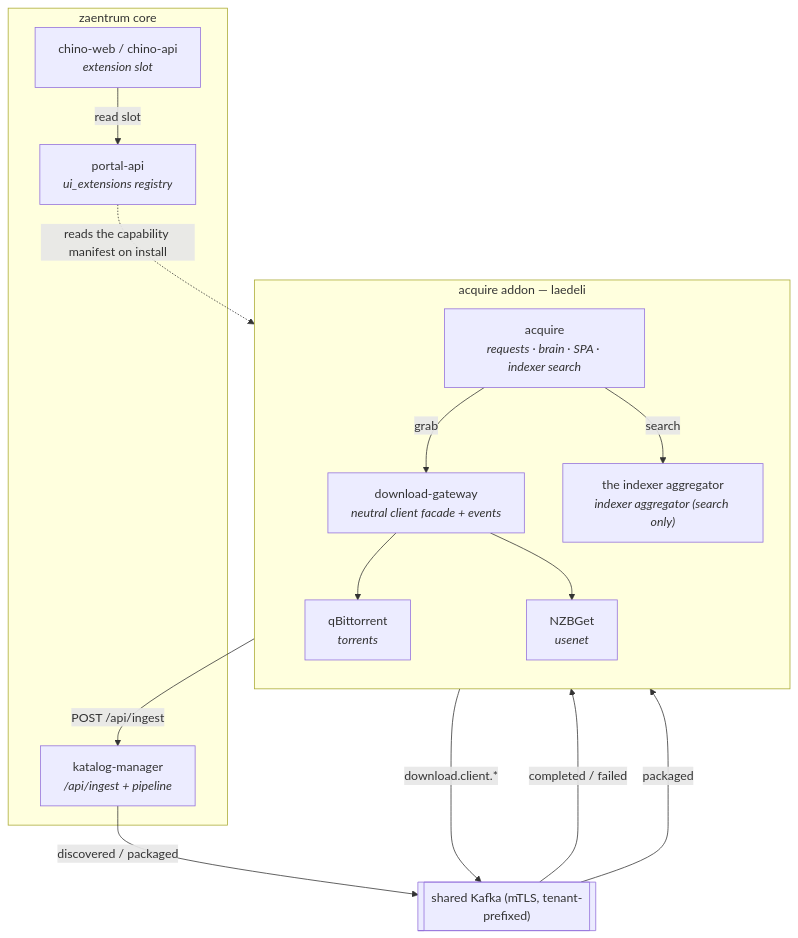
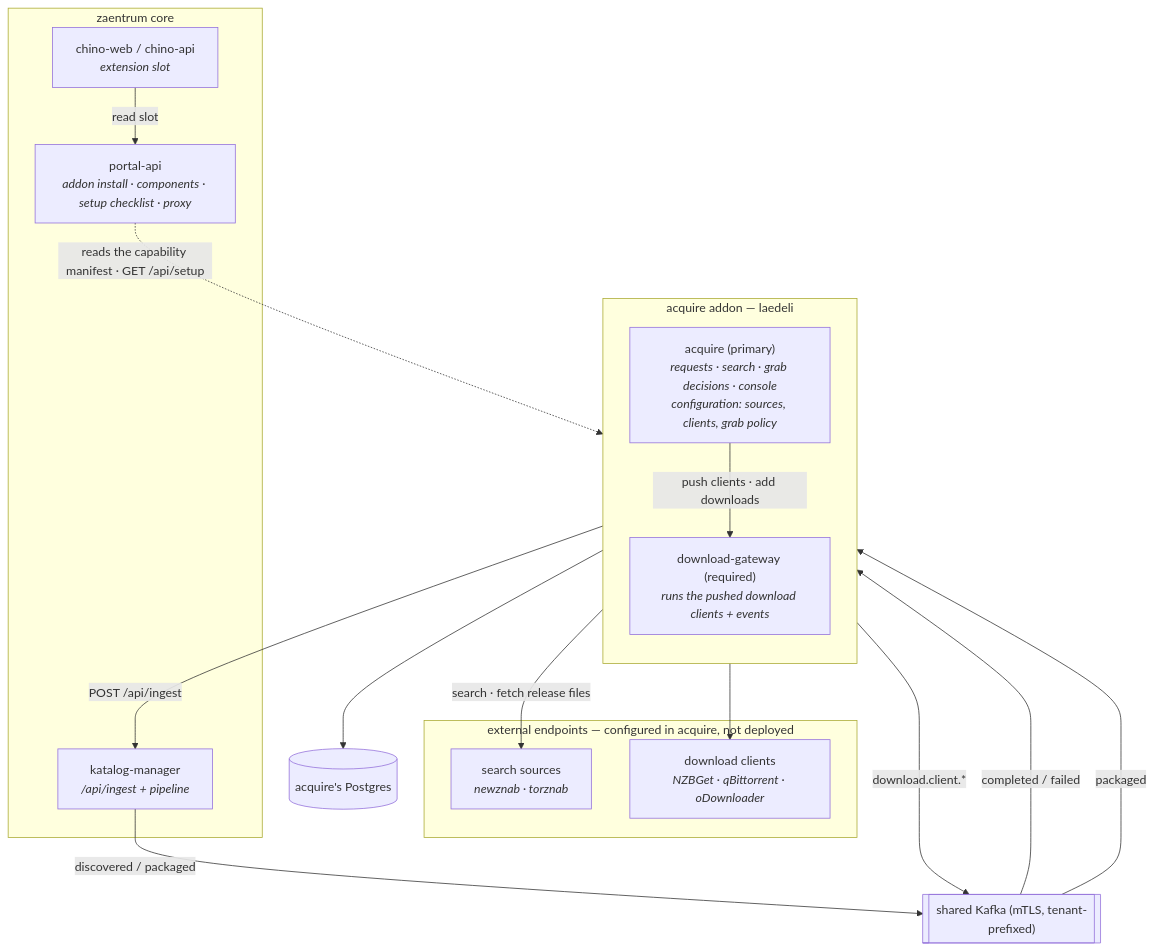
The second of 2 diagrams in docs/architecture.md (laedeli/acquire), drawn with Mermaid before and after one commit. The commit also changed other lines of this file and 7 other files, not shown here.

````diff
--- a/docs/architecture.md
+++ b/docs/architecture.md
@@ -123,28 +131,31 @@
 ```mermaid
 flowchart TB
     subgraph addon["acquire addon — laedeli"]
         direction TB
-        ACQ["acquire<br/><i>requests · brain · SPA · indexer search</i>"]
-        GW["download-gateway<br/><i>neutral client facade + events</i>"]
-        QB["qBittorrent<br/><i>torrents</i>"]
-        NZ["NZBGet<br/><i>usenet</i>"]
-        PRW["the indexer aggregator<br/><i>indexer aggregator (search only)</i>"]
+        ACQ["acquire (primary)<br/><i>requests · search · grab decisions · console<br/>configuration: sources, clients, grab policy</i>"]
+        GW["download-gateway (required)<br/><i>runs the pushed download clients + events</i>"]
+    end
+    subgraph external["external endpoints — configured in acquire, not deployed"]
+        SRC["search sources<br/><i>newznab · torznab</i>"]
+        DC["download clients<br/><i>NZBGet · qBittorrent · oDownloader</i>"]
     end
     subgraph coreapp["zaentrum core"]
-        POR["portal-api<br/><i>ui_extensions registry</i>"]
+        POR["portal-api<br/><i>addon install · components · setup checklist · proxy</i>"]
         WEB["chino-web / chino-api<br/><i>extension slot</i>"]
         KMG["katalog-manager<br/><i>/api/ingest + pipeline</i>"]
     end
+    DB[("acquire's Postgres")]
     BUS[["shared Kafka (mTLS, tenant-prefixed)"]]
 
-    POR -.->|"reads the capability manifest on install"| ACQ
+    POR -.->|"reads the capability manifest · GET /api/setup"| ACQ
     WEB -->|"read slot"| POR
-    ACQ -->|"grab"| GW
-    ACQ -->|"search"| PRW
-    GW --> QB & NZ
+    ACQ --> DB
+    ACQ -->|"search · fetch release files"| SRC
+    ACQ -->|"push clients · add downloads"| GW
+    GW --> DC
     GW -->|"download.client.*"| BUS
     BUS -->|"completed / failed"| ACQ
     ACQ -->|"POST /api/ingest"| KMG
     KMG -->|"discovered / packaged"| BUS
     BUS -->|"packaged"| ACQ
 ```
````
